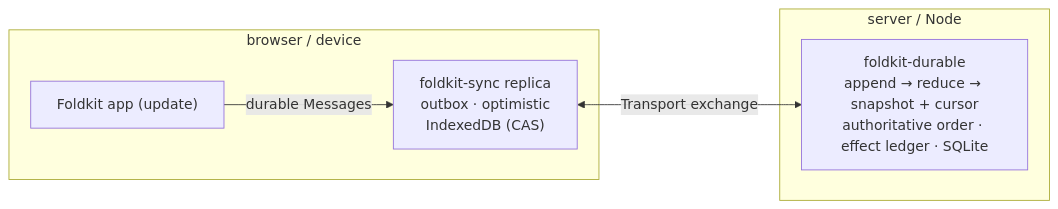
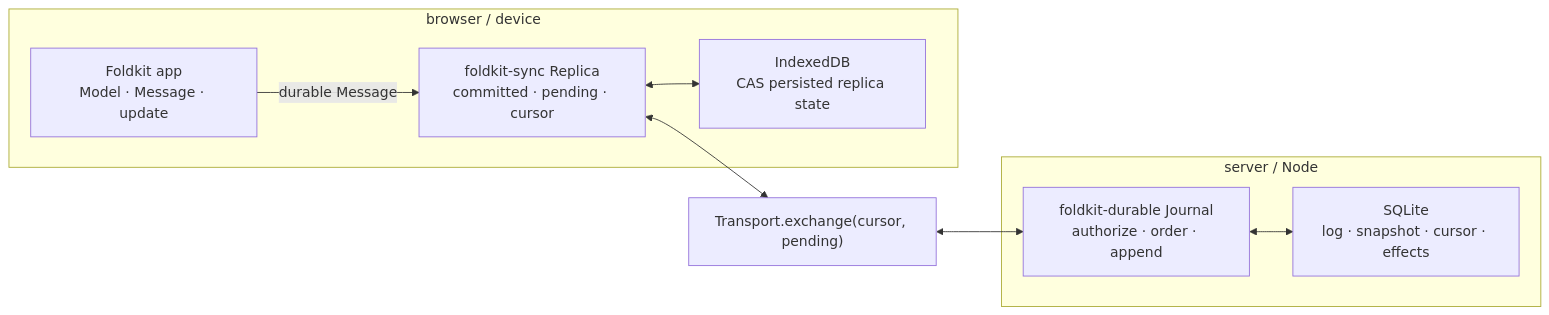
Before and after one commit to doeixd/foldkit-plus: the diagram in docs/replication.md, drawn with Mermaid. The commit also changed other lines of this file, not shown here.

Commit message:
docs: teach replication from the replica mental model

````diff
--- a/docs/replication.md
+++ b/docs/replication.md
@@ -45,10 +416,21 @@
 ```mermaid
 flowchart LR
   subgraph client["browser / device"]
-    app["Foldkit app (update)"] -- "durable Messages" --> replica["foldkit-sync replica<br/>outbox · optimistic<br/>IndexedDB (CAS)"]
+    app["Foldkit app<br/>Model · Message · update"]
+    replica["foldkit-sync Replica<br/>committed · pending · cursor"]
+    storage["IndexedDB<br/>CAS persisted replica state"]
+    app -- "durable Message" --> replica
+    replica <--> storage
   end
+
+  transport["Transport.exchange(cursor, pending)"]
+
   subgraph server["server / Node"]
-    durable["foldkit-durable<br/>append → reduce → snapshot + cursor<br/>authoritative order · effect ledger · SQLite"]
+    durable["foldkit-durable Journal<br/>authorize · order · append"]
+    sqlite["SQLite<br/>log · snapshot · cursor · effects"]
+    durable <--> sqlite
   end
-  replica <-- "Transport exchange" --> durable
+
+  replica <--> transport
+  transport <--> durable
 ```
````
